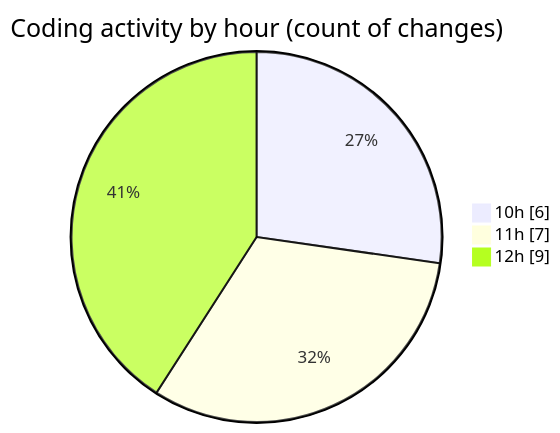
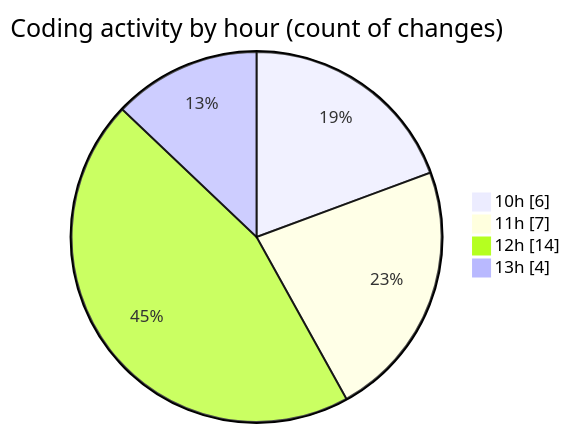
The second of 2 diagrams in 2025-06-23/cda/README.md (momahboobian/code-tracking), drawn with Mermaid before and after one commit. The commit also changed other lines of this file and 1 other file, not shown here.

````diff
--- a/2025-06-23/cda/README.md
+++ b/2025-06-23/cda/README.md
@@ -35,7 +35,8 @@
 ```mermaid
 pie showData
 title Coding activity by hour (count of changes)
 "10h" : 6
 "11h" : 7
-"12h" : 9
+"12h" : 14
+"13h" : 4
 ```
````
